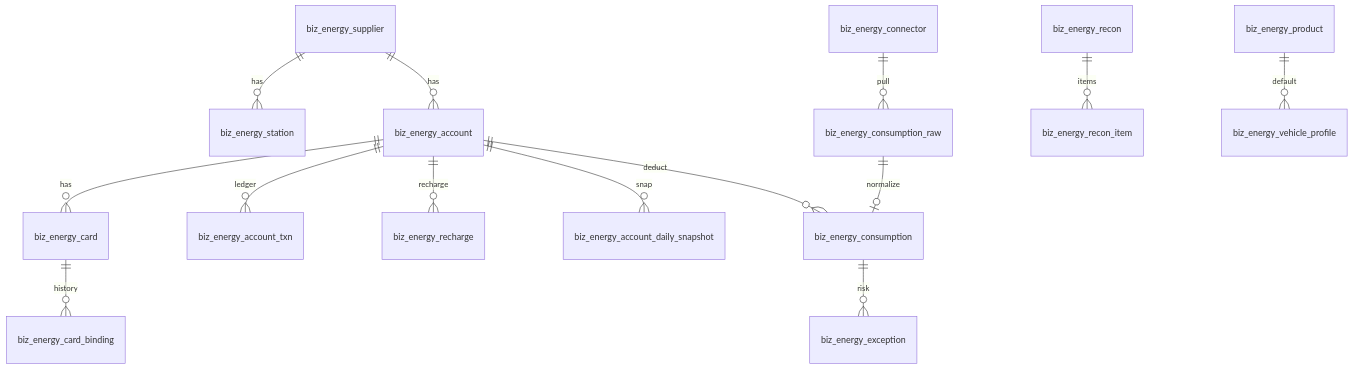
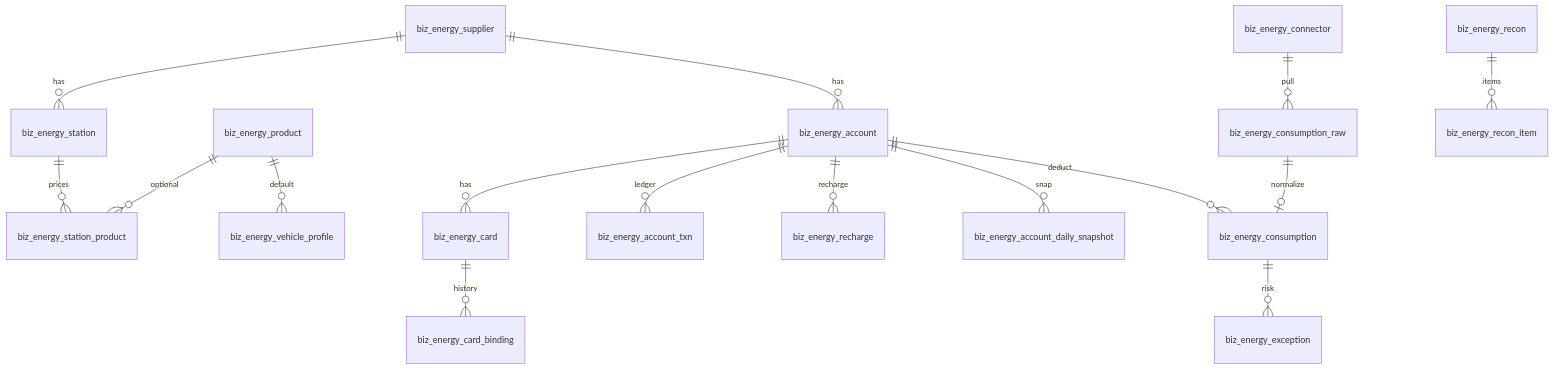
The diagram in doc/02.需求文档/02.企业端/15.能源中心/02.数据与账本设计.md (lei-happy/duoling), drawn with Mermaid before and after one commit. The commit also changed other lines of this file and 68 other files, not shown here.

Commit message:
新增能源站点商品结算价模型及相关API - 新增 `EnergyStationProduct` 模型，记录能源站点可加注商品及其结算价。 - 更新 `supplier.py` 中的 API，支持根据能源类型查询站点商品。 - 在 `schemas/energy/supplier.py` 中新增商品相关的输入输出模型。 - 更新 `supplier_service.py`，实现商品的增删改查功能。 - 新增测试用例，覆盖能源站点商品的相关功能，确保逻辑正确性。

````diff
--- a/doc/02.需求文档/02.企业端/15.能源中心/02.数据与账本设计.md
+++ b/doc/02.需求文档/02.企业端/15.能源中心/02.数据与账本设计.md
@@ -53,16 +54,18 @@
 ```mermaid
 erDiagram
   biz_energy_supplier ||--o{ biz_energy_station : has
+  biz_energy_station ||--o{ biz_energy_station_product : prices
+  biz_energy_product ||--o{ biz_energy_station_product : optional
   biz_energy_supplier ||--o{ biz_energy_account : has
   biz_energy_account ||--o{ biz_energy_card : has
   biz_energy_account ||--o{ biz_energy_account_txn : ledger
   biz_energy_account ||--o{ biz_energy_recharge : recharge
   biz_energy_account ||--o{ biz_energy_account_daily_snapshot : snap
   biz_energy_card ||--o{ biz_energy_card_binding : history
   biz_energy_connector ||--o{ biz_energy_consumption_raw : pull
   biz_energy_consumption_raw ||--o| biz_energy_consumption : normalize
   biz_energy_account ||--o{ biz_energy_consumption : deduct
   biz_energy_consumption ||--o{ biz_energy_exception : risk
   biz_energy_recon ||--o{ biz_energy_recon_item : items
   biz_energy_product ||--o{ biz_energy_vehicle_profile : default
 ```
````
